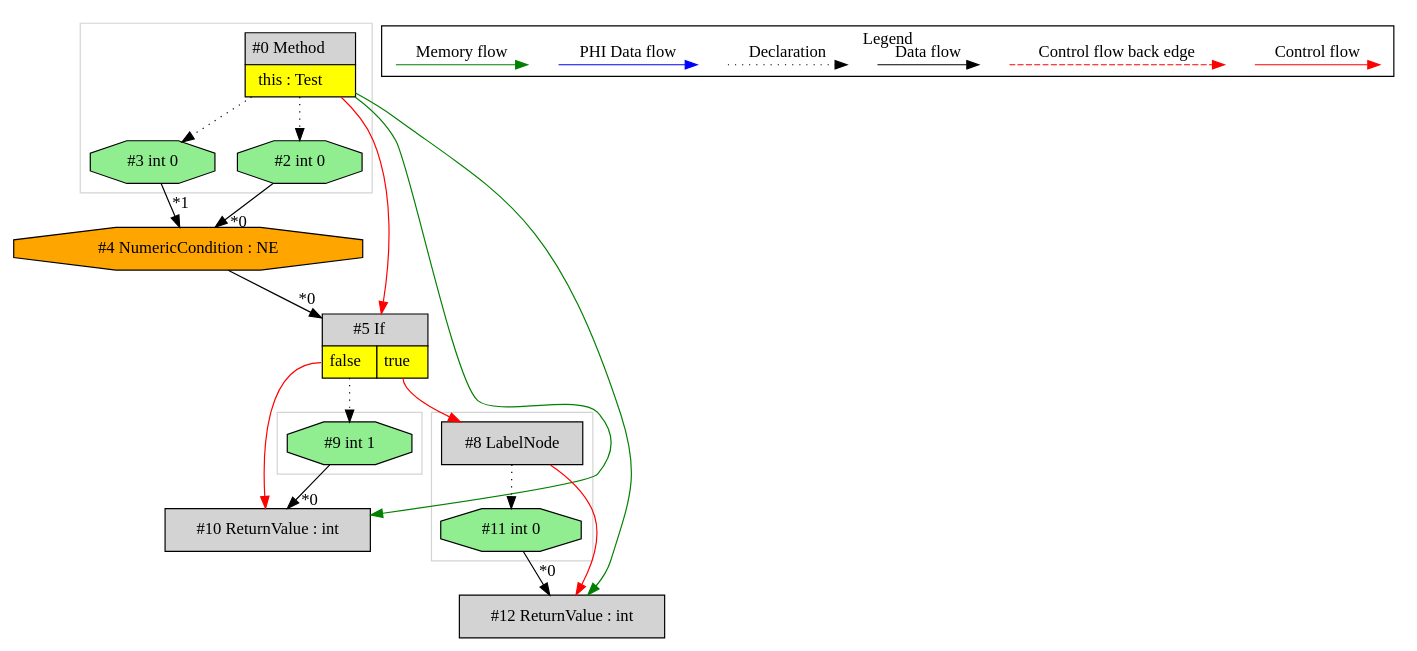
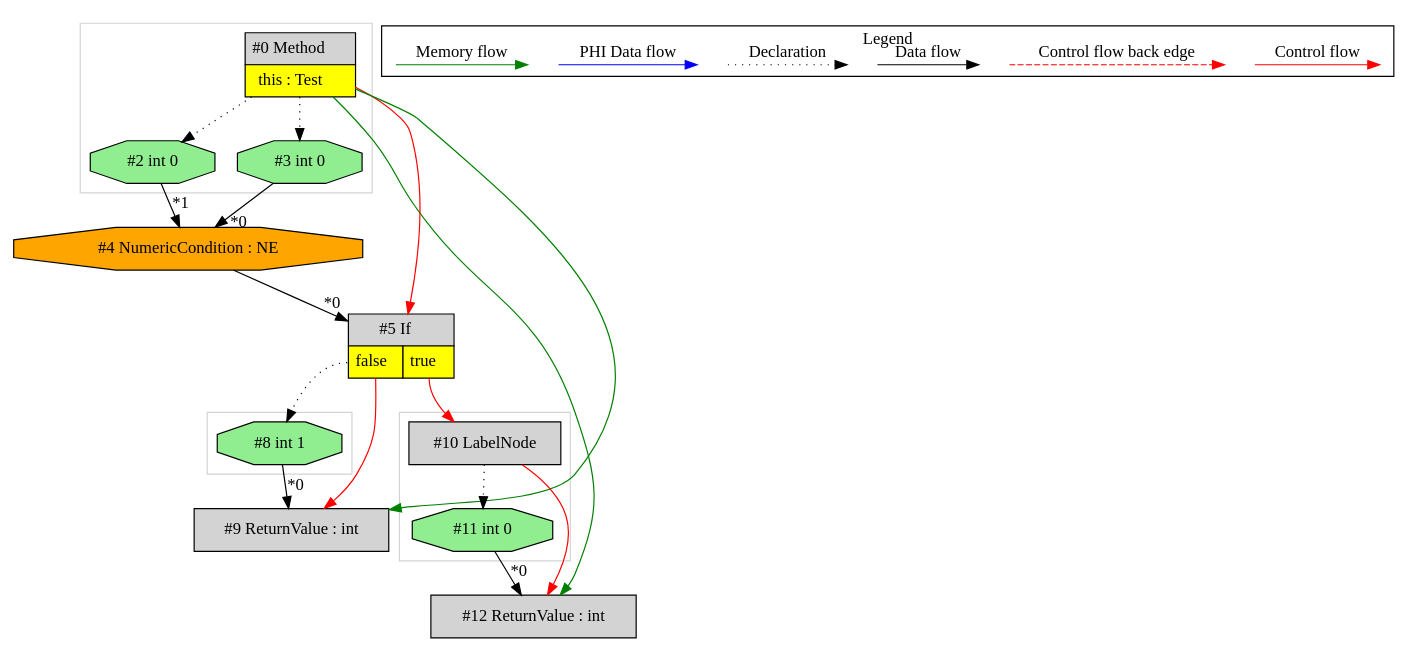
Before and after one commit to mirkosertic/MetaIR: the diagram in de.mirkosertic.metair.ir.OpcodeIFNETest/test_IFNE/ir.dot, drawn with Graphviz. The commit also changed 1281 other files, not shown here.

```diff
--- a/de.mirkosertic.metair.ir.OpcodeIFNETest/test_IFNE/ir.dot
+++ b/de.mirkosertic.metair.ir.OpcodeIFNETest/test_IFNE/ir.dot
@@ -1,69 +1,69 @@
 digraph {
  ordering="in";
  node0[margin="0", label=<<table border="0" cellborder="1" cellspacing="0" cellpadding="5"><tr><td colspan="1">#0 Method</td></tr><tr><td port="prj1" bgcolor="yellow">this : Test</td></tr></table>>,shape=none, fillcolor=lightgrey, style=filled];
- node5[margin="0", label=<<table border="0" cellborder="1" cellspacing="0" cellpadding="5"><tr><td colspan="2">#5 If</td></tr><tr><td port="prj7" bgcolor="yellow">false</td><td port="prj6" bgcolor="yellow">true</td></tr></table>>,shape=none, fillcolor=lightgrey, style=filled];
+ node12[label="#12 ReturnValue : int",shape=box, fillcolor=lightgrey, style=filled];
+ node11 -> node12[headlabel="*0", labeldistance=2];
+ node10 -> node12[labeldistance=2, color=red, fontcolor=red];
+ node0 -> node12[labeldistance=2, color=green, constraint=false];
+ node10[label="#10 LabelNode",shape=box, fillcolor=lightgrey, style=filled];
+ node5:prj7 -> node10[labeldistance=2, color=red, fontcolor=red];
+ node5[margin="0", label=<<table border="0" cellborder="1" cellspacing="0" cellpadding="5"><tr><td colspan="2">#5 If</td></tr><tr><td port="prj6" bgcolor="yellow">false</td><td port="prj7" bgcolor="yellow">true</td></tr></table>>,shape=none, fillcolor=lightgrey, style=filled];
  node4 -> node5[headlabel="*0", labeldistance=2];
  node0 -> node5[labeldistance=2, color=red, fontcolor=red];
  node4[label="#4 NumericCondition : NE",shape=octagon, fillcolor=orange, style=filled];
- node2 -> node4[headlabel="*0", labeldistance=2];
- node3 -> node4[headlabel="*1", labeldistance=2];
+ node3 -> node4[headlabel="*0", labeldistance=2];
+ node2 -> node4[headlabel="*1", labeldistance=2];
+ node2[label="#2 int 0",shape=octagon, fillcolor=lightgreen, style=filled];
+ node0 -> node2[style=dotted];
  node3[label="#3 int 0",shape=octagon, fillcolor=lightgreen, style=filled];
  node0 -> node3[style=dotted];
- node2[label="#2 int 0",shape=octagon, fillcolor=lightgreen, style=filled];
- node0 -> node2[style=dotted];
- node9[label="#9 int 1",shape=octagon, fillcolor=lightgreen, style=filled];
- node5:prj7 -> node9[style=dotted];
- node10[label="#10 ReturnValue : int",shape=box, fillcolor=lightgrey, style=filled];
- node9 -> node10[headlabel="*0", labeldistance=2];
- node5:prj7 -> node10[labeldistance=2, color=red, fontcolor=red];
- node0 -> node10[labeldistance=2, color=green, constraint=false];
- node8[label="#8 LabelNode",shape=box, fillcolor=lightgrey, style=filled];
- node5:prj6 -> node8[labeldistance=2, color=red, fontcolor=red];
- node12[label="#12 ReturnValue : int",shape=box, fillcolor=lightgrey, style=filled];
- node11 -> node12[headlabel="*0", labeldistance=2];
- node8 -> node12[labeldistance=2, color=red, fontcolor=red];
- node0 -> node12[labeldistance=2, color=green, constraint=false];
+ node8[label="#8 int 1",shape=octagon, fillcolor=lightgreen, style=filled];
+ node5:prj6 -> node8[style=dotted];
+ node9[label="#9 ReturnValue : int",shape=box, fillcolor=lightgrey, style=filled];
+ node8 -> node9[headlabel="*0", labeldistance=2];
+ node5:prj6 -> node9[labeldistance=2, color=red, fontcolor=red];
+ node0 -> node9[labeldistance=2, color=green, constraint=false];
  node11[label="#11 int 0",shape=octagon, fillcolor=lightgreen, style=filled];
- node8 -> node11[style=dotted];
+ node10 -> node11[style=dotted];
  subgraph cluster_0 {
-  color=lightgray;
-  node8;
-  node11;
- }
- subgraph cluster_1 {
-  color=lightgray;
-  node9;
- }
- subgraph cluster_2 {
   color=lightgray;
   node0;
   node2;
   node3;
+ }
+ subgraph cluster_1 {
+  color=lightgray;
+  node8;
+ }
+ subgraph cluster_2 {
+  color=lightgray;
+  node10;
+  node11;
  }
  subgraph cluster_000 {
   label = "Legend";
   node [shape=point]
   {
    rank=same;
    c0 [style = invis];
    c1 [style = invis];
    c2 [style = invis];
    c3 [style = invis];
    d0 [style = invis];
    d1 [style = invis];
    d2 [style = invis];
    d3 [style = invis];
    d4 [style = invis];
    d5 [style = invis];
    d6 [style = invis];
    d7 [style = invis];
   }
   c0 -> c1 [label="Control flow", style=solid, color=red]
   c2 -> c3 [label="Control flow back edge", style=dashed, color=red]
   d0 -> d1 [label="Data flow"]
   d2 -> d3 [label="Declaration", style=dotted]
   d4 -> d5 [label="PHI Data flow", color=blue]
   d6 -> d7 [label="Memory flow", color=green]
  }
 
 }
```
